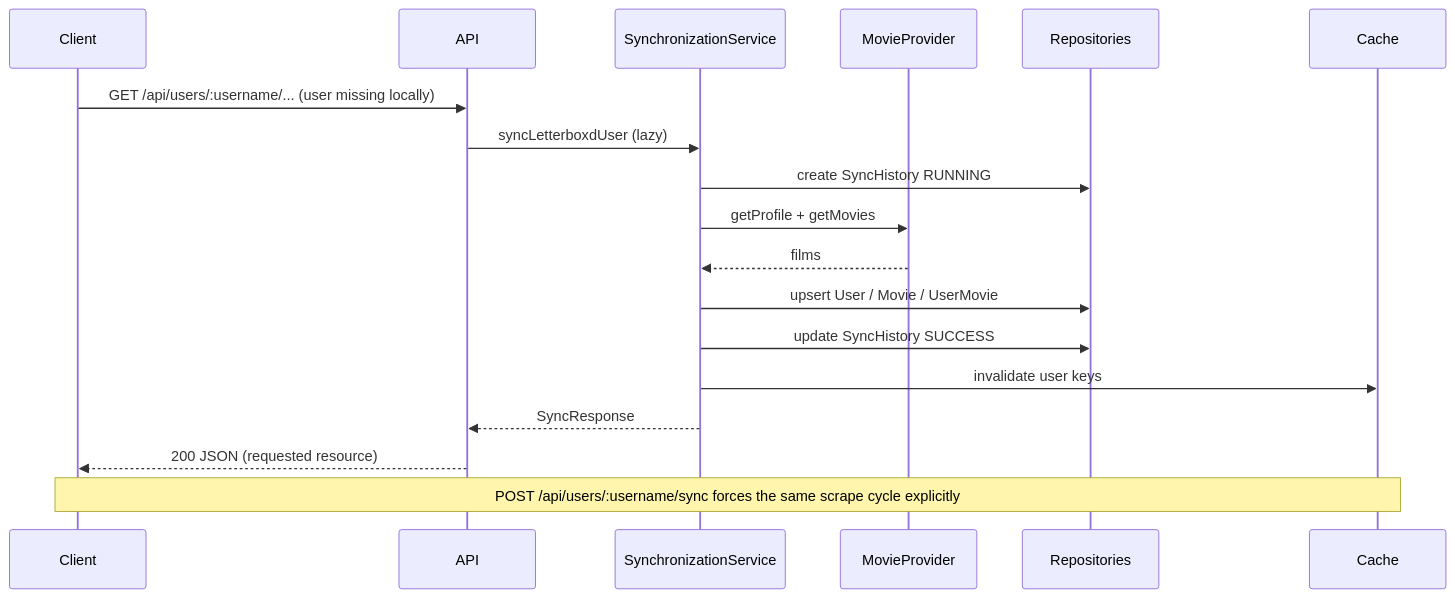
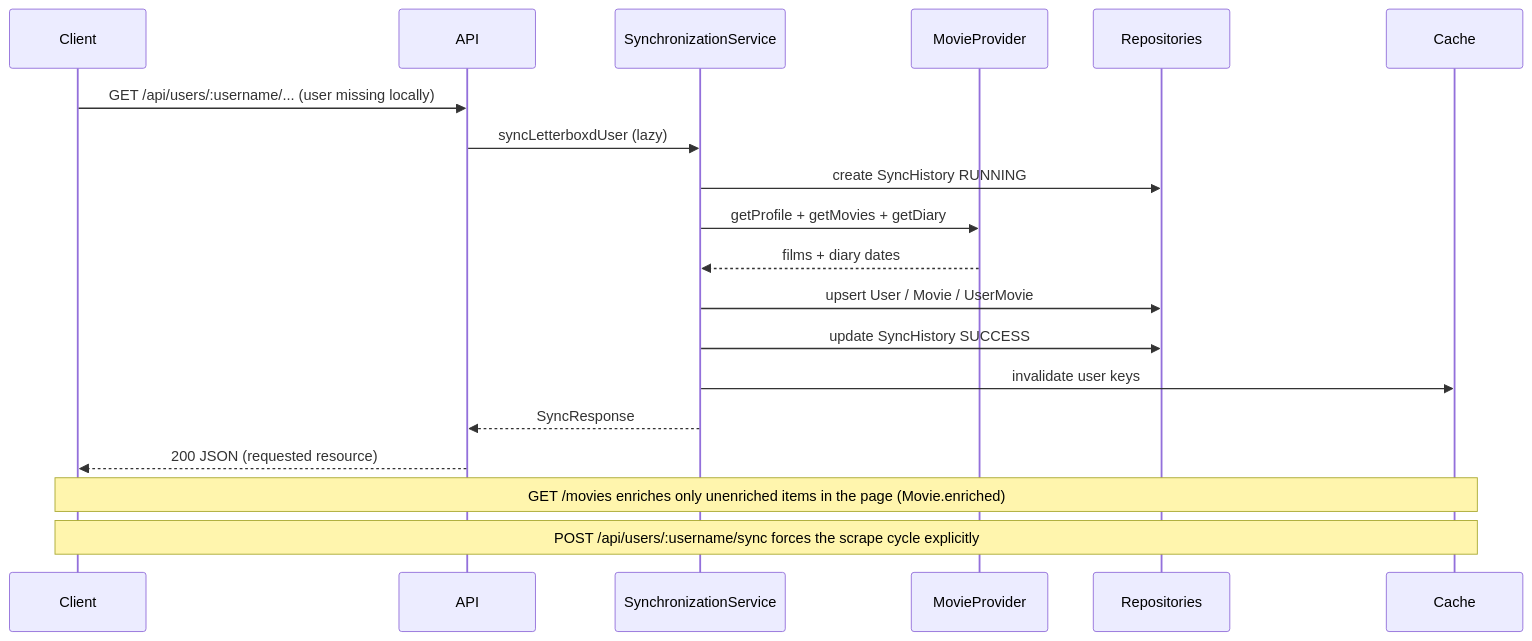
One commit to NemoKing1210/letterboxd-api changed the second of 2 diagrams in docs/architecture.md. Above: the diagram before and after it, drawn with Mermaid. The commit also changed 41 other files, not shown here.

Commit message:
chore: Bump version to 1.4.0, add LETTERBOXD_ENRICH_CONCURRENCY for on-demand film-page enrichment, and update documentation to reflect changes in API behavior and configuration. Enhance CHANGELOG with new features and adjustments.

````diff
--- a/docs/architecture.md
+++ b/docs/architecture.md
@@ -36,22 +36,23 @@
 ```mermaid
 sequenceDiagram
   participant Client
   participant API
   participant Sync as SynchronizationService
   participant LB as MovieProvider
   participant DB as Repositories
   participant Cache
 
   Client->>API: GET /api/users/:username/... (user missing locally)
   API->>Sync: syncLetterboxdUser (lazy)
   Sync->>DB: create SyncHistory RUNNING
-  Sync->>LB: getProfile + getMovies
-  LB-->>Sync: films
+  Sync->>LB: getProfile + getMovies + getDiary
+  LB-->>Sync: films + diary dates
   Sync->>DB: upsert User / Movie / UserMovie
   Sync->>DB: update SyncHistory SUCCESS
   Sync->>Cache: invalidate user keys
   Sync-->>API: SyncResponse
   API-->>Client: 200 JSON (requested resource)
 
-  Note over Client,Cache: POST /api/users/:username/sync forces the same scrape cycle explicitly
+  Note over Client,Cache: GET /movies enriches only unenriched items in the page (Movie.enriched)
+  Note over Client,Cache: POST /api/users/:username/sync forces the scrape cycle explicitly
 ```
````
